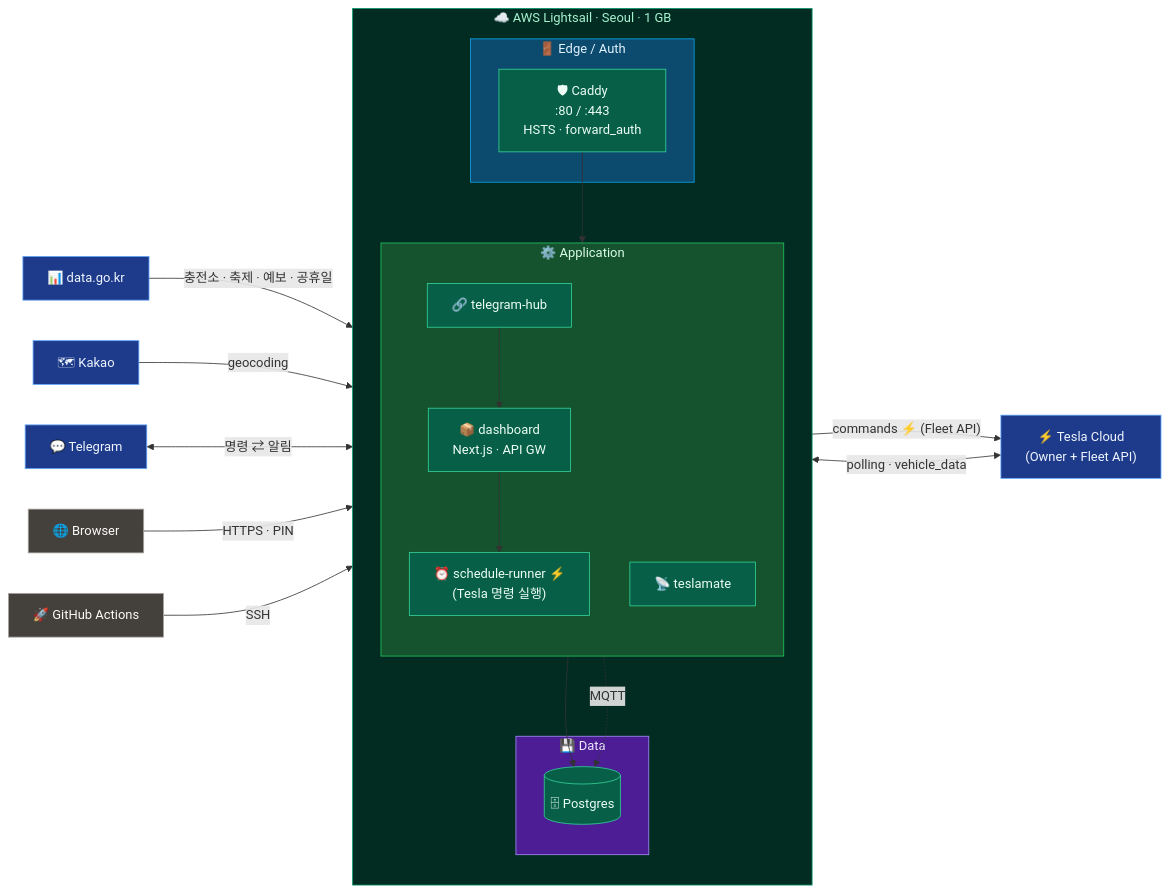
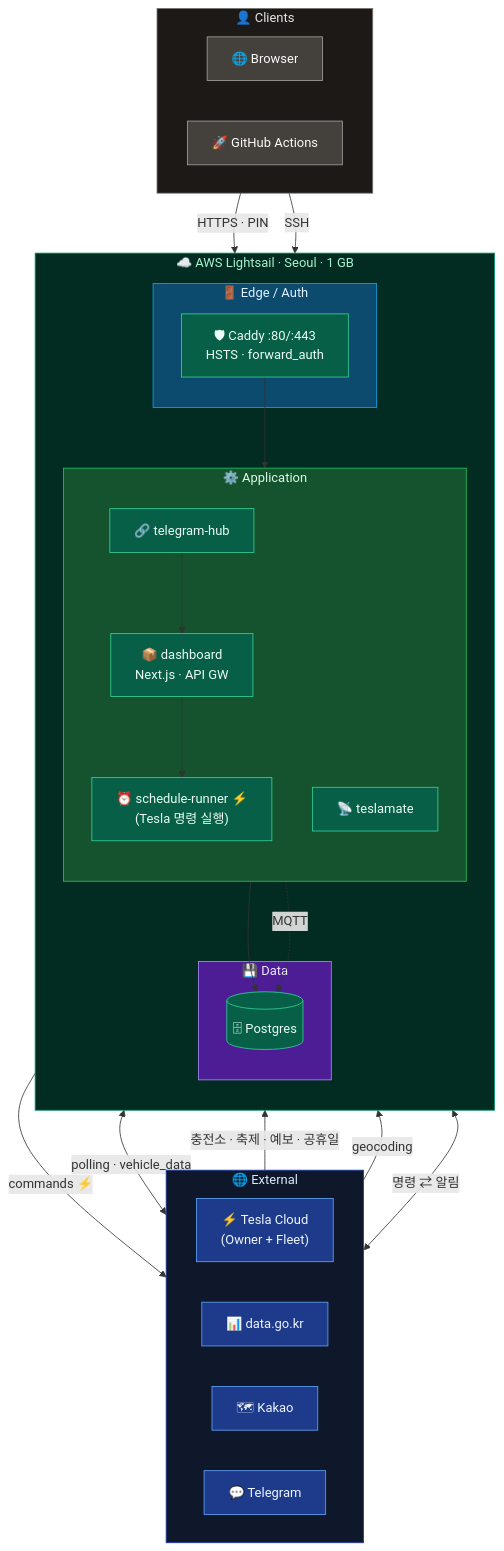
The diagram in README.md (ComMslee/myDash), drawn with Mermaid before and after one commit.

Commit message:
docs(readme): TD 레이아웃 + External/Clients 가로 묶음 (좌우 폭 축소)
- 전체 방향 LR → TD
- External(4) / Clients(2) 를 각각 subgraph 로 묶고 internal direction=LR
- Lightsail 은 그 아래 TB 로 3 레이어 유지

````diff
--- a/README.md
+++ b/README.md
@@ -18,54 +18,59 @@
 ```mermaid
-flowchart LR
-    Tesla["⚡ Tesla Cloud<br/>(Owner + Fleet API)"]
-    Gov["📊 data.go.kr"]
-    Kakao["🗺 Kakao"]
-    TG["💬 Telegram"]
-    Browser["🌐 Browser"]
-    GHA["🚀 GitHub Actions"]
+flowchart TD
+    subgraph EXT["🌐 External"]
+        direction LR
+        Tesla["⚡ Tesla Cloud<br/>(Owner + Fleet)"]
+        Gov["📊 data.go.kr"]
+        Kakao["🗺 Kakao"]
+        TG["💬 Telegram"]
+    end
+
+    subgraph CLI["👤 Clients"]
+        direction LR
+        Browser["🌐 Browser"]
+        GHA["🚀 GitHub Actions"]
+    end
 
     subgraph LS["☁️ AWS Lightsail · Seoul · 1 GB"]
         direction TB
-
         subgraph Edge["🚪 Edge / Auth"]
-            Caddy["🛡 Caddy<br/>:80 / :443<br/>HSTS · forward_auth"]
+            Caddy["🛡 Caddy :80/:443<br/>HSTS · forward_auth"]
         end
-
         subgraph App["⚙️ Application"]
             direction TB
             Dashboard["📦 dashboard<br/>Next.js · API GW"]
             Scheduler["⏰ schedule-runner ⚡<br/>(Tesla 명령 실행)"]
             Hub["🔗 telegram-hub"]
             TM["📡 teslamate"]
         end
-
         subgraph Data["💾 Data"]
             DB[("🗄 Postgres")]
         end
-
         Caddy --> Dashboard
         Dashboard --> Scheduler
         Hub --> Dashboard
         Dashboard --> DB
         TM -. MQTT .-> DB
     end
 
     Tesla   <-->|"polling · vehicle_data"| TM
-    Scheduler -->|"commands ⚡ (Fleet API)"| Tesla
+    Scheduler -->|"commands ⚡"| Tesla
     Gov     -->|"충전소 · 축제 · 예보 · 공휴일"| Dashboard
     Kakao   -->|"geocoding"| Dashboard
     TG      <-->|"명령 ⇄ 알림"| Hub
     Browser -->|"HTTPS · PIN"| Caddy
     GHA     -->|"SSH"| Caddy
 
     classDef ext fill:#1e3a8a,stroke:#60a5fa,color:#eff6ff
     classDef ls fill:#065f46,stroke:#34d399,color:#ecfdf5
     classDef cli fill:#44403c,stroke:#a8a29e,color:#fafaf9
     class Tesla,Gov,Kakao,TG ext
     class Caddy,Dashboard,Scheduler,Hub,TM,DB ls
     class Browser,GHA cli
+    style EXT fill:#0f172a,stroke:#1e40af,color:#dbeafe
+    style CLI fill:#1c1917,stroke:#78716c,color:#e7e5e4
     style LS fill:#022c22,stroke:#059669,color:#a7f3d0
     style Edge fill:#0c4a6e,stroke:#0ea5e9,color:#e0f2fe
     style App fill:#14532d,stroke:#22c55e,color:#dcfce7
     style Data fill:#4c1d95,stroke:#a78bfa,color:#ede9fe
 ```
````
